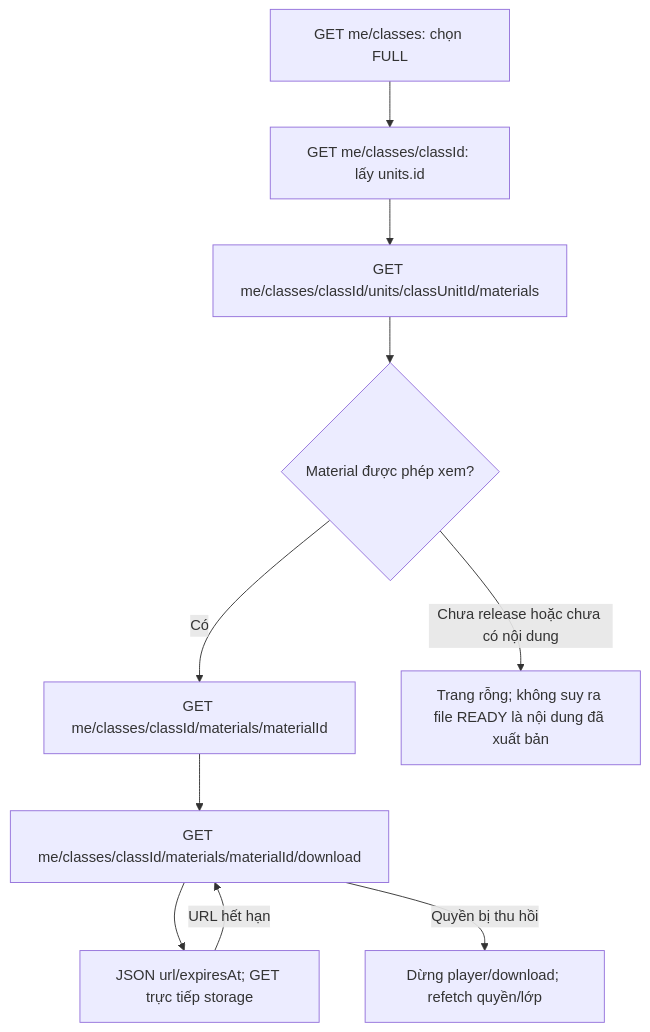
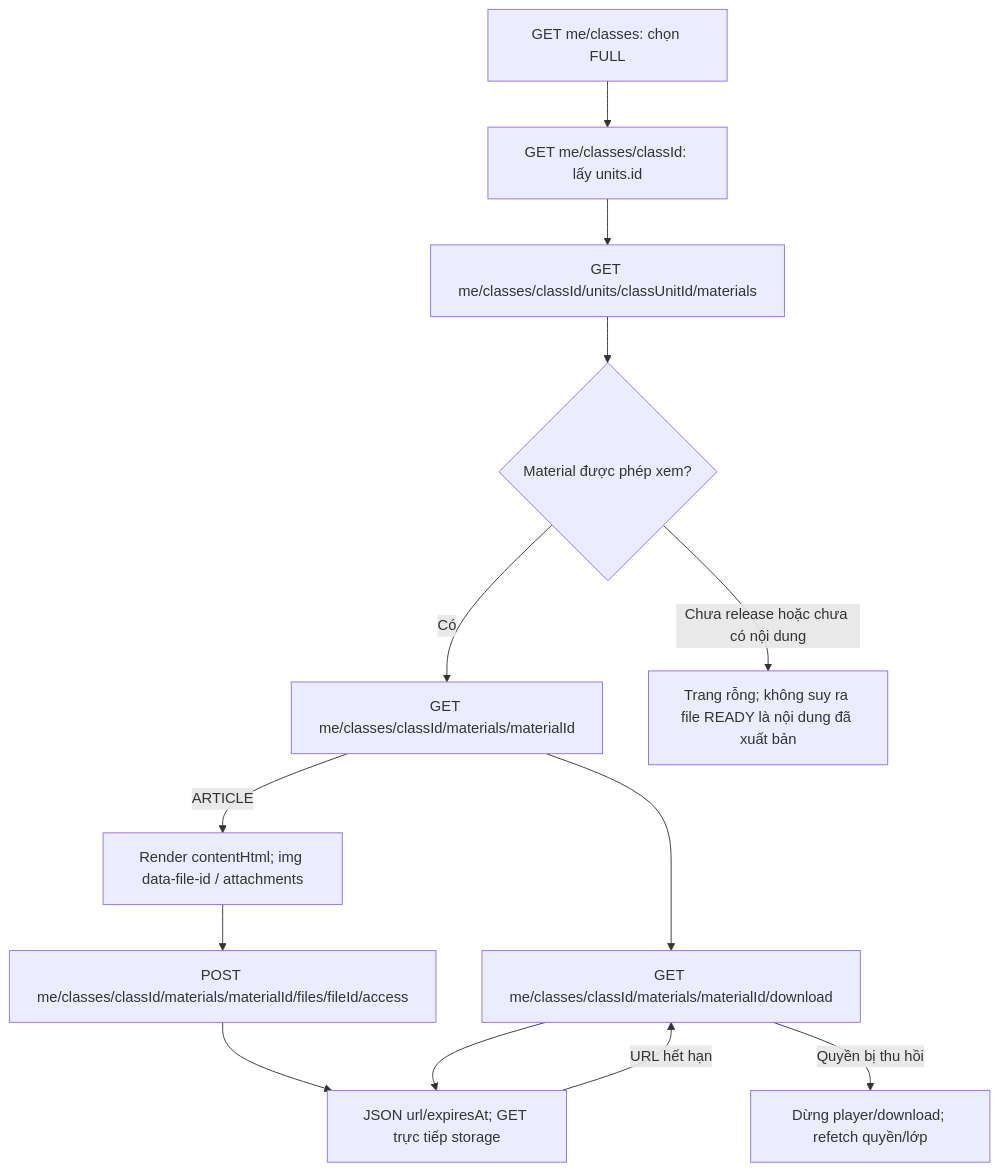
One commit to nhathuyck1/Mindy-BE changed the diagram in docs/api_flow/PHASE_3_4_FLOW.md. Above: the diagram before and after it, drawn with Mermaid. The commit also changed other lines of this file and 7 other files, not shown here.

Commit message:
docs: update Phase 3.4 flow, API breakdown and progress

````diff
--- a/docs/api_flow/PHASE_3_4_FLOW.md
+++ b/docs/api_flow/PHASE_3_4_FLOW.md
@@ -27,12 +28,15 @@
 ```mermaid
 flowchart TD
   A[GET me/classes: chọn FULL] --> B[GET me/classes/classId: lấy units.id]
   B --> C[GET me/classes/classId/units/classUnitId/materials]
   C --> D{Material được phép xem?}
   D -->|Có| E[GET me/classes/classId/materials/materialId]
   D -->|Chưa release hoặc chưa có nội dung| F[Trang rỗng; không suy ra file READY là nội dung đã xuất bản]
   E --> G[GET me/classes/classId/materials/materialId/download]
+  E -->|ARTICLE| J[Render contentHtml; img data-file-id / attachments]
+  J --> K[POST me/classes/classId/materials/materialId/files/fileId/access]
+  K --> H
   G --> H[JSON url/expiresAt; GET trực tiếp storage]
   H -->|URL hết hạn| G
   G -->|Quyền bị thu hồi| I[Dừng player/download; refetch quyền/lớp]
 ```
````
